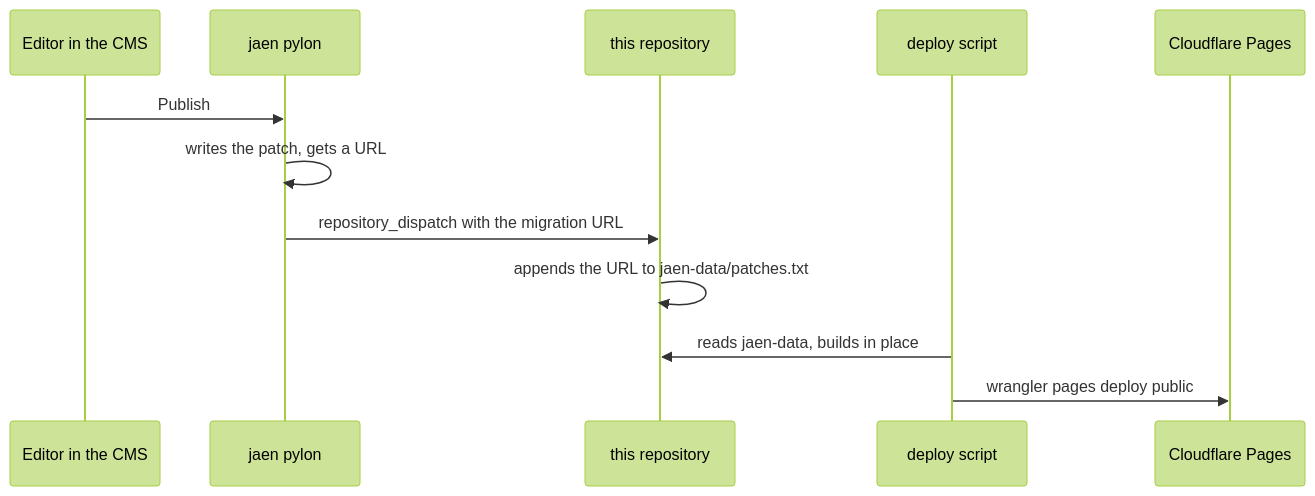
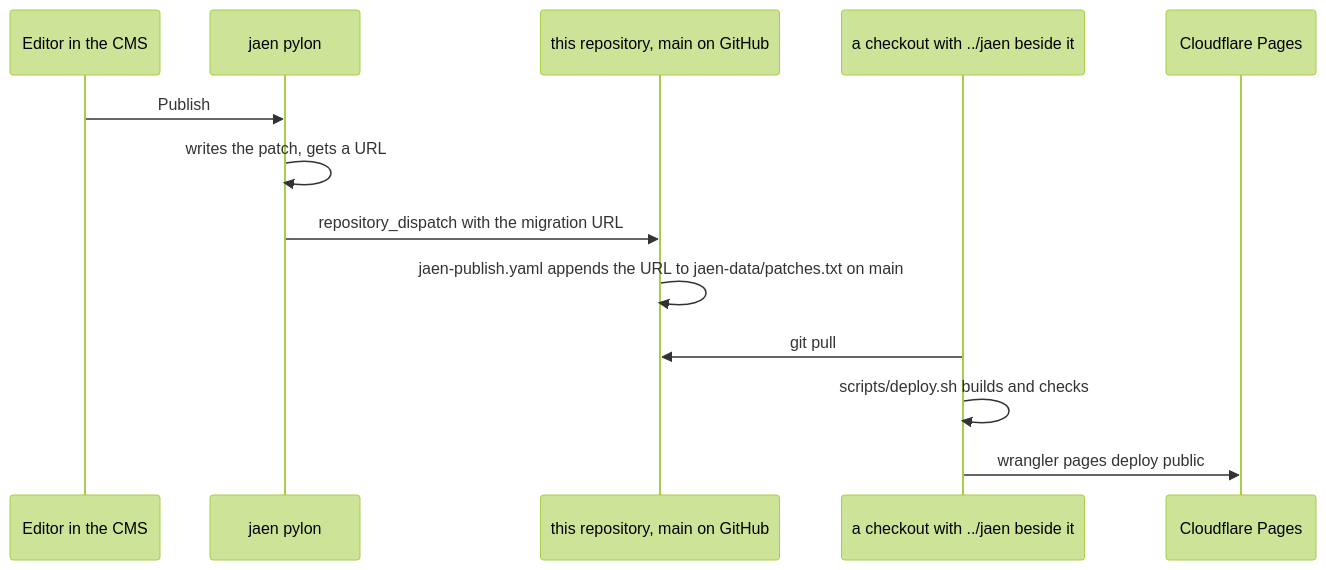
The diagram in okf/operations/content.md (netsnek/limosen.at), drawn with Mermaid (forest theme) before and after one commit. The commit also changed other lines of this file and 1 other file, not shown here.

Commit message:
docs(okf): the publish flow as it is now, and where the branch lives

````diff
--- a/okf/operations/content.md
+++ b/okf/operations/content.md
@@ -16,15 +16,16 @@
 ```mermaid
 sequenceDiagram
     participant E as Editor in the CMS
     participant J as jaen pylon
-    participant R as this repository
-    participant D as deploy script
+    participant R as this repository, main on GitHub
+    participant L as a checkout with ../jaen beside it
     participant P as Cloudflare Pages
 
     E->>J: Publish
     J->>J: writes the patch, gets a URL
     J->>R: repository_dispatch with the migration URL
-    R->>R: appends the URL to jaen-data/patches.txt
-    D->>R: reads jaen-data, builds in place
-    D->>P: wrangler pages deploy public
+    R->>R: jaen-publish.yaml appends the URL to jaen-data/patches.txt on main
+    L->>R: git pull
+    L->>L: scripts/deploy.sh builds and checks
+    L->>P: wrangler pages deploy public
 ```
````
